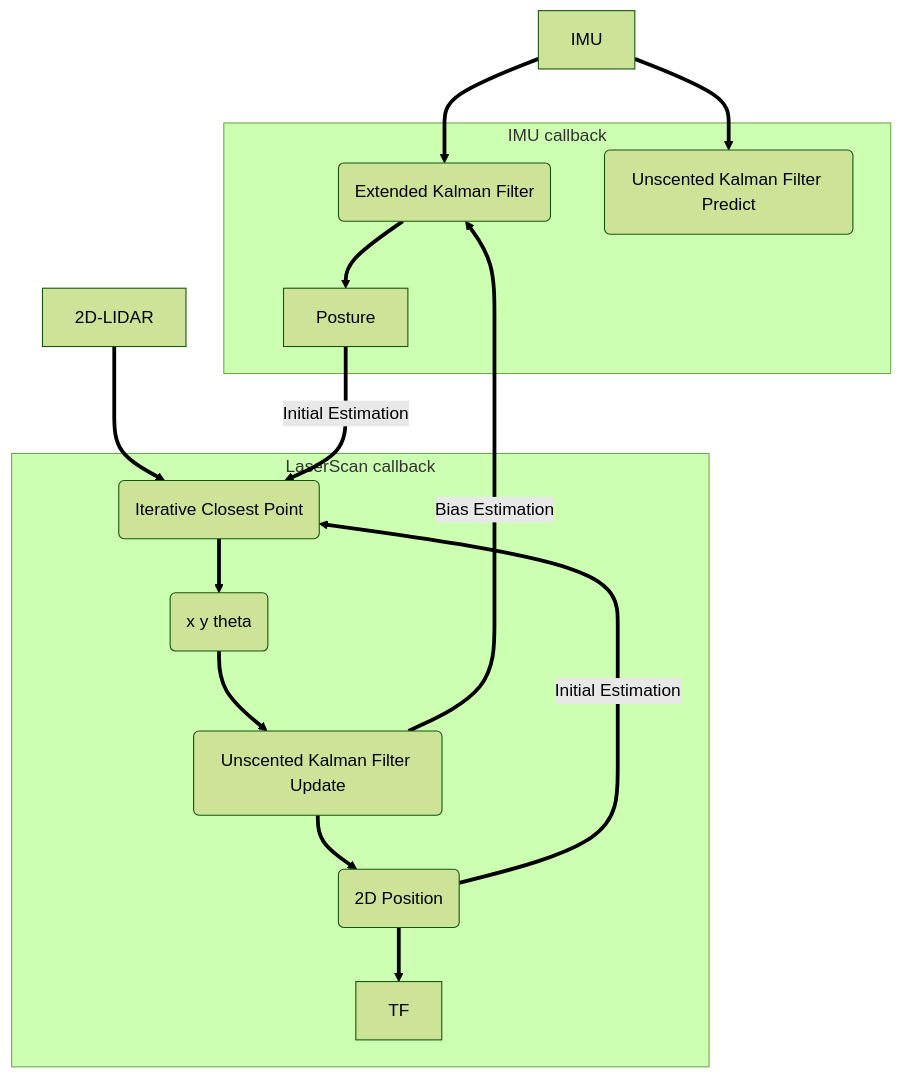
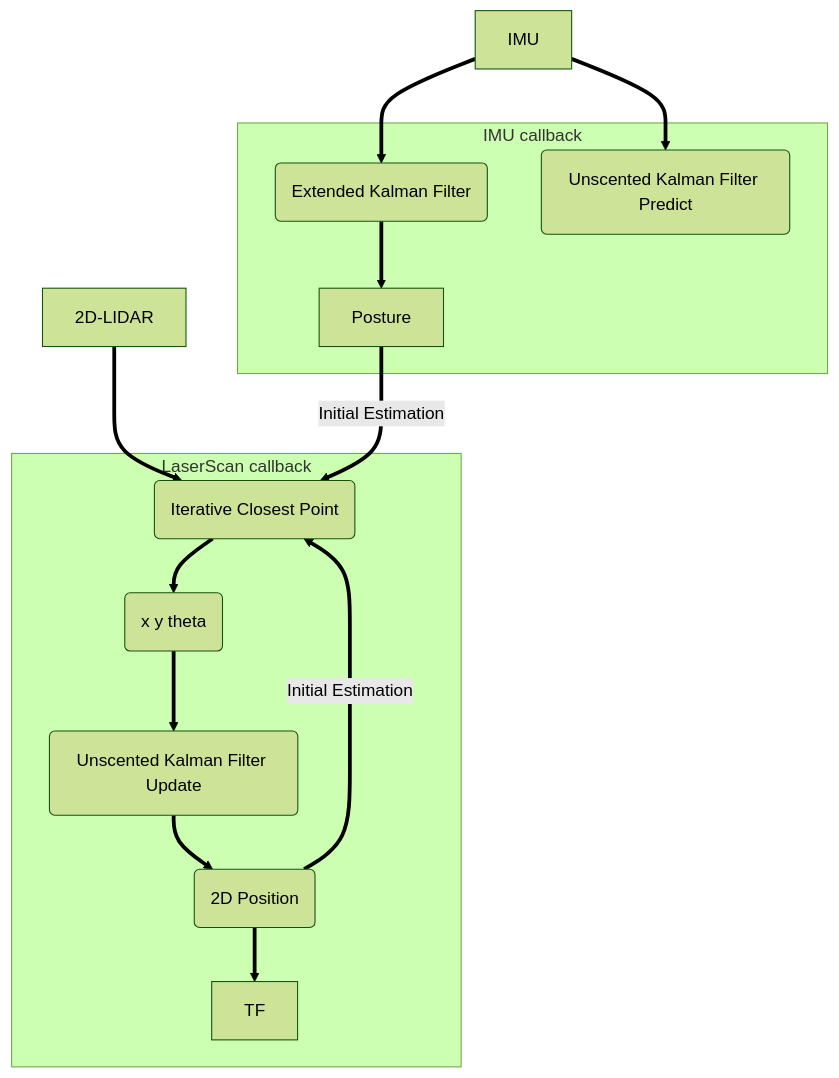
The diagram in README.md (motii8128/motiodom), drawn with Mermaid (forest theme) before and after one commit.

````diff
--- a/README.md
+++ b/README.md
@@ -5,34 +5,32 @@
 ```mermaid
 graph 
 
 IMU ==> EKF
 IMU ==> UKFP
 2D-LIDAR ==> ICP
 
 subgraph IMU callback
 
 EKF(Extended Kalman Filter) ==> Posture
 
 UKFP(Unscented Kalman Filter Predict)
 
 end
 
 subgraph LaserScan callback
 
 ICP(Iterative Closest Point) ==> ICPPOSITION(x y theta)
 
 ICPPOSITION ==> UKFU(Unscented Kalman Filter Update)
 
 UKFU ==> POSITION(2D Position)
 
 POSITION ==> |Initial Estimation|ICP
 
 POSITION ==> TF
 
 end
 
 Posture ==> |Initial Estimation|ICP
 
-UKFU ==> |Bias Estimation|EKF
-
 ```
````
